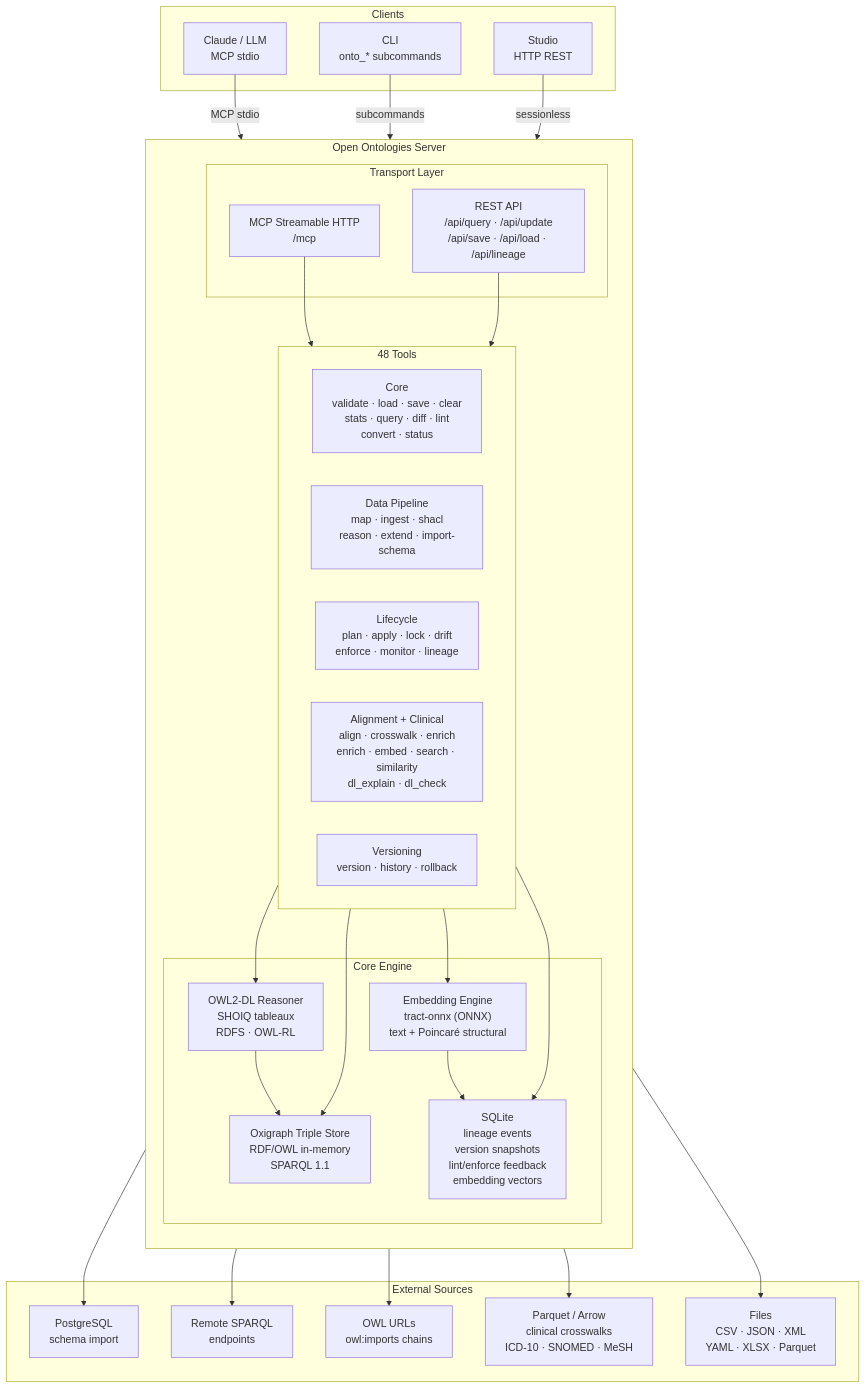
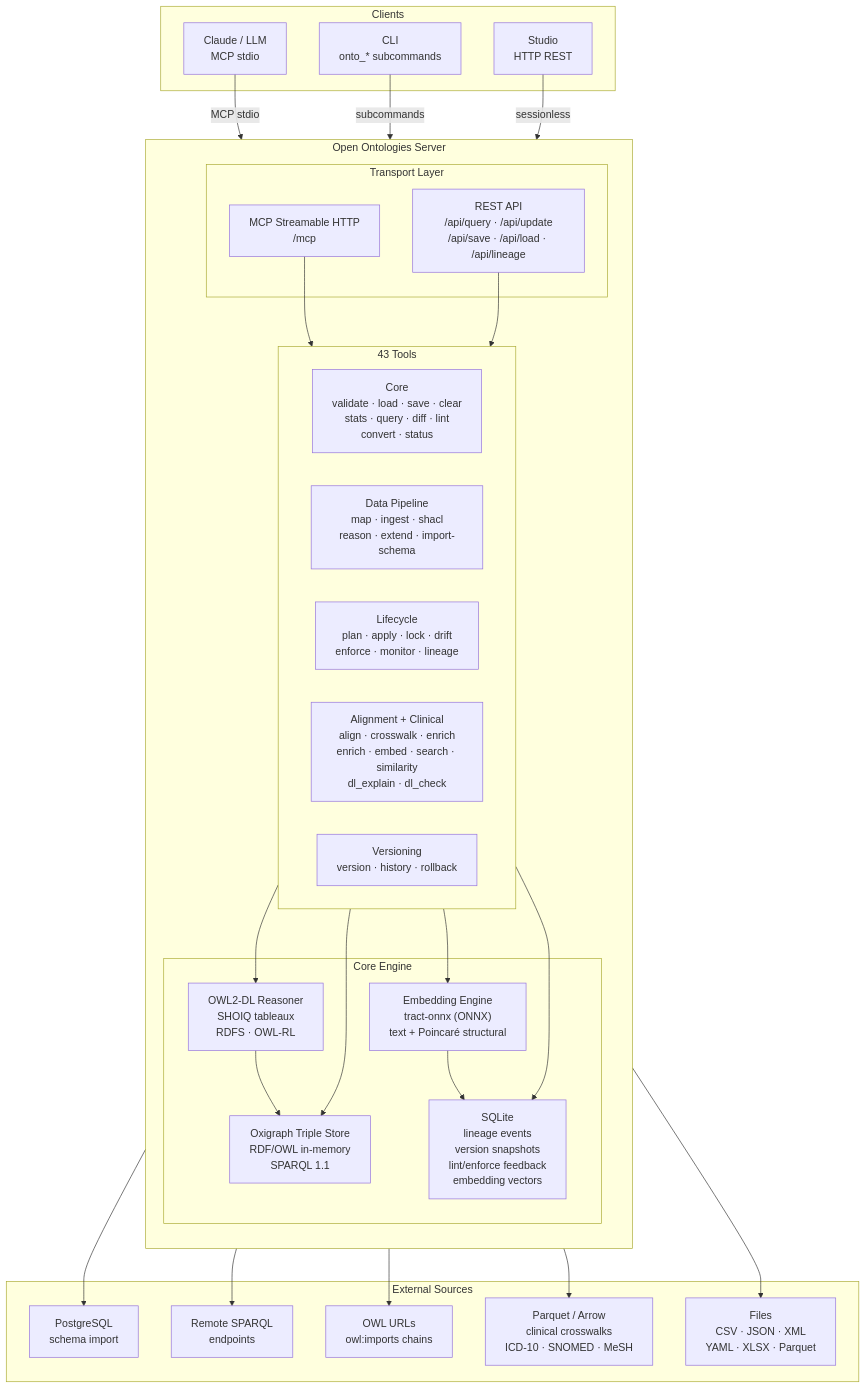
The third of 4 diagrams in README.md (fabio-rovai/open-ontologies), drawn with Mermaid before and after one commit. The commit also changed other lines of this file, not shown here.

First line of the commit message:
fix: correct stale numbers in README — marketplace 32, tool counts 43

````diff
--- a/README.md
+++ b/README.md
@@ -540,62 +540,62 @@
 ```mermaid
 flowchart TD
     subgraph Clients["Clients"]
         Claude["Claude / LLM\nMCP stdio"]
         CLI["CLI\nonto_* subcommands"]
         Studio["Studio\nHTTP REST"]
     end
 
     subgraph Server["Open Ontologies Server"]
         direction TB
 
         subgraph Transport["Transport Layer"]
             MCP_HTTP["MCP Streamable HTTP\n/mcp"]
             REST["REST API\n/api/query · /api/update\n/api/save · /api/load · /api/lineage"]
         end
 
-        subgraph ToolGroups["48 Tools"]
+        subgraph ToolGroups["43 Tools"]
             direction LR
             Core["Core\nvalidate · load · save · clear\nstats · query · diff · lint\nconvert · status"]
             DataPipe["Data Pipeline\nmap · ingest · shacl\nreason · extend · import-schema"]
             Lifecycle["Lifecycle\nplan · apply · lock · drift\nenforce · monitor · lineage"]
             Advanced["Alignment + Clinical\nalign · crosswalk · enrich\nenrich · embed · search · similarity\ndl_explain · dl_check"]
             Version["Versioning\nversion · history · rollback"]
         end
 
         subgraph Core2["Core Engine"]
             GraphStore["Oxigraph Triple Store\nRDF/OWL in-memory\nSPARQL 1.1"]
             SQLite["SQLite\nlineage events\nversion snapshots\nlint/enforce feedback\nembedding vectors"]
             Reasoner["OWL2-DL Reasoner\nSHOIQ tableaux\nRDFS · OWL-RL"]
             Embedder["Embedding Engine\ntract-onnx (ONNX)\ntext + Poincaré structural"]
         end
     end
 
     subgraph External["External Sources"]
         PG["PostgreSQL\nschema import"]
         SPARQL["Remote SPARQL\nendpoints"]
         OWL["OWL URLs\nowl:imports chains"]
         Parquet["Parquet / Arrow\nclinical crosswalks\nICD-10 · SNOMED · MeSH"]
         Files["Files\nCSV · JSON · XML\nYAML · XLSX · Parquet"]
     end
 
     Claude -->|"MCP stdio"| MCP_HTTP
     CLI -->|"subcommands"| MCP_HTTP
     Studio -->|"sessionless"| REST
 
     MCP_HTTP --> ToolGroups
     REST --> ToolGroups
 
     ToolGroups --> GraphStore
     ToolGroups --> SQLite
     ToolGroups --> Reasoner
     ToolGroups --> Embedder
 
     Reasoner --> GraphStore
     Embedder --> SQLite
 
     DataPipe --> Files
     Advanced --> Parquet
     Core --> OWL
     Core --> SPARQL
     DataPipe --> PG
 ```
````
